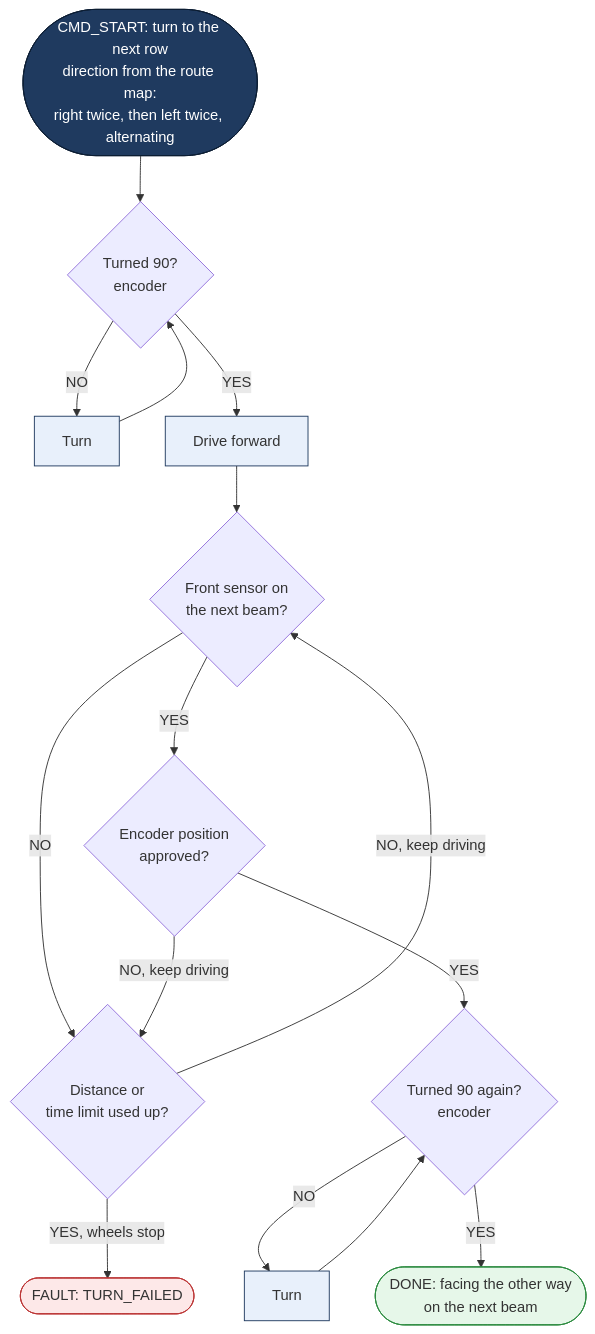
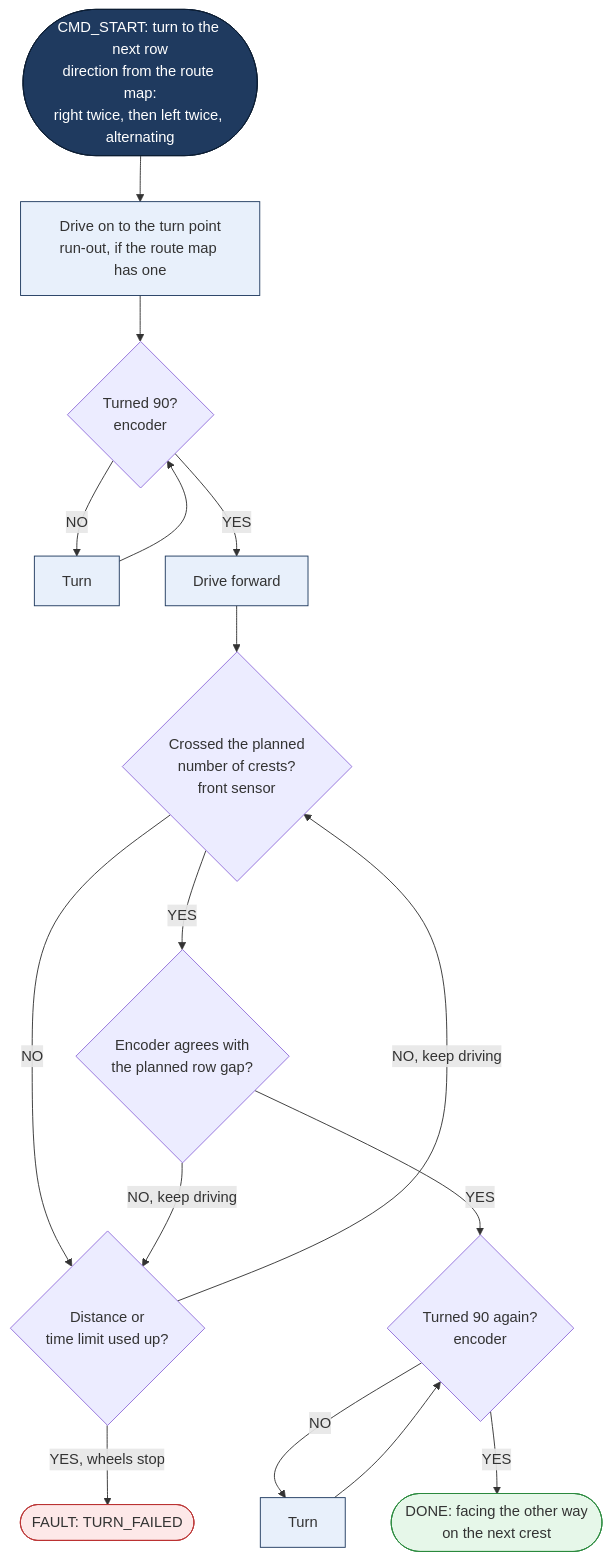
The diagram in docs/diagrams/subsystems/S2_locomotion_turn.mmd (bnielse6/robotrac), drawn with Mermaid before and after one commit. The commit also changed 70 other files, not shown here.

```diff
--- a/docs/diagrams/subsystems/S2_locomotion_turn.mmd
+++ b/docs/diagrams/subsystems/S2_locomotion_turn.mmd
@@ -1,27 +1,28 @@
 flowchart TD
   classDef start fill:#1f3a5f,color:#fff,stroke:#0b1d33
   classDef ok fill:#e6f7e9,stroke:#2a8a3e
   classDef bad fill:#fde8e8,stroke:#b33
   classDef act fill:#e8f0fb,stroke:#1f3a5f
   A([CMD_START: turn to the next row<br/>direction from the route map:<br/>right twice, then left twice, alternating]):::start
+  R[Drive on to the turn point<br/>run-out, if the route map has one]:::act
   B{Turned 90?<br/>encoder}
   C[Turn]:::act
   D[Drive forward]:::act
-  E{Front sensor on<br/>the next beam?}
+  E{Crossed the planned<br/>number of crests?<br/>front sensor}
   F{Distance or<br/>time limit used up?}
-  G{Encoder position<br/>approved?}
+  G{Encoder agrees with<br/>the planned row gap?}
   H{Turned 90 again?<br/>encoder}
   I[Turn]:::act
-  J([DONE: facing the other way<br/>on the next beam]):::ok
+  J([DONE: facing the other way<br/>on the next crest]):::ok
   X([FAULT: TURN_FAILED]):::bad
-  A --> B
+  A --> R --> B
   B -- NO --> C --> B
   B -- YES --> D --> E
   E -- NO --> F
   F -- NO, keep driving --> E
   F -- YES, wheels stop --> X
   E -- YES --> G
   G -- NO, keep driving --> F
   G -- YES --> H
   H -- NO --> I --> H
   H -- YES --> J
```
